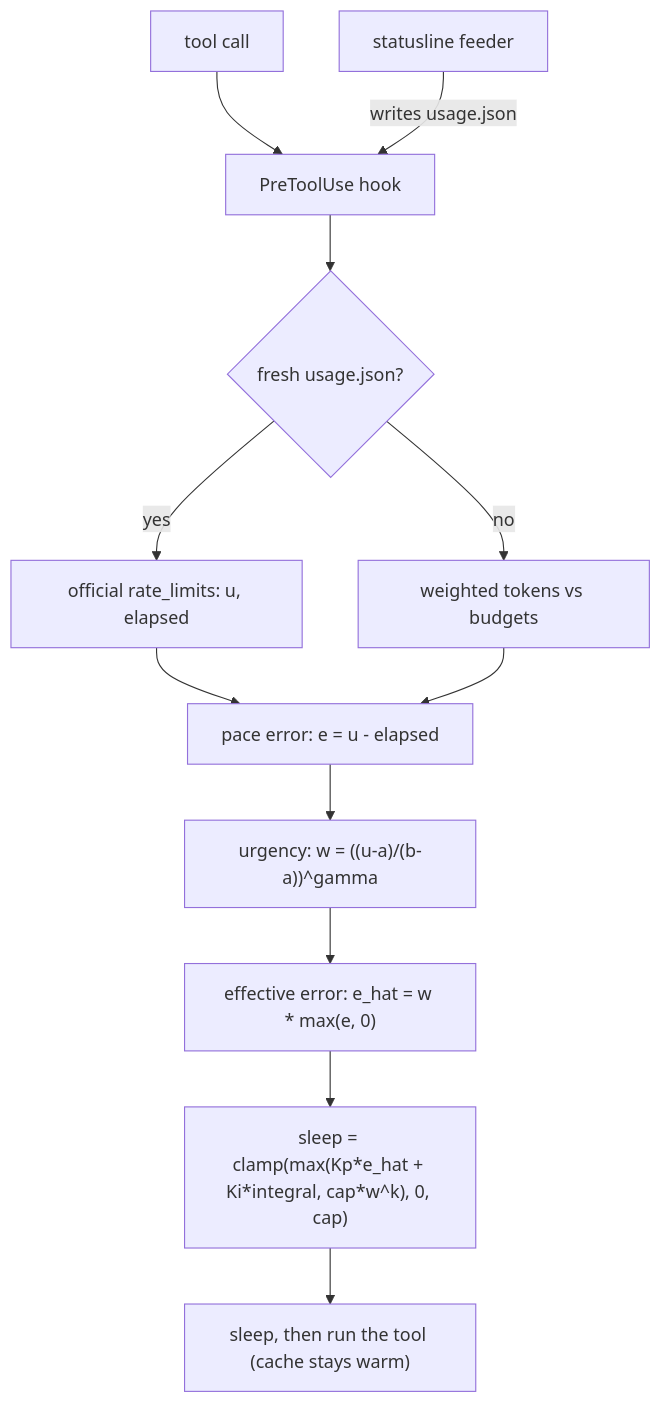
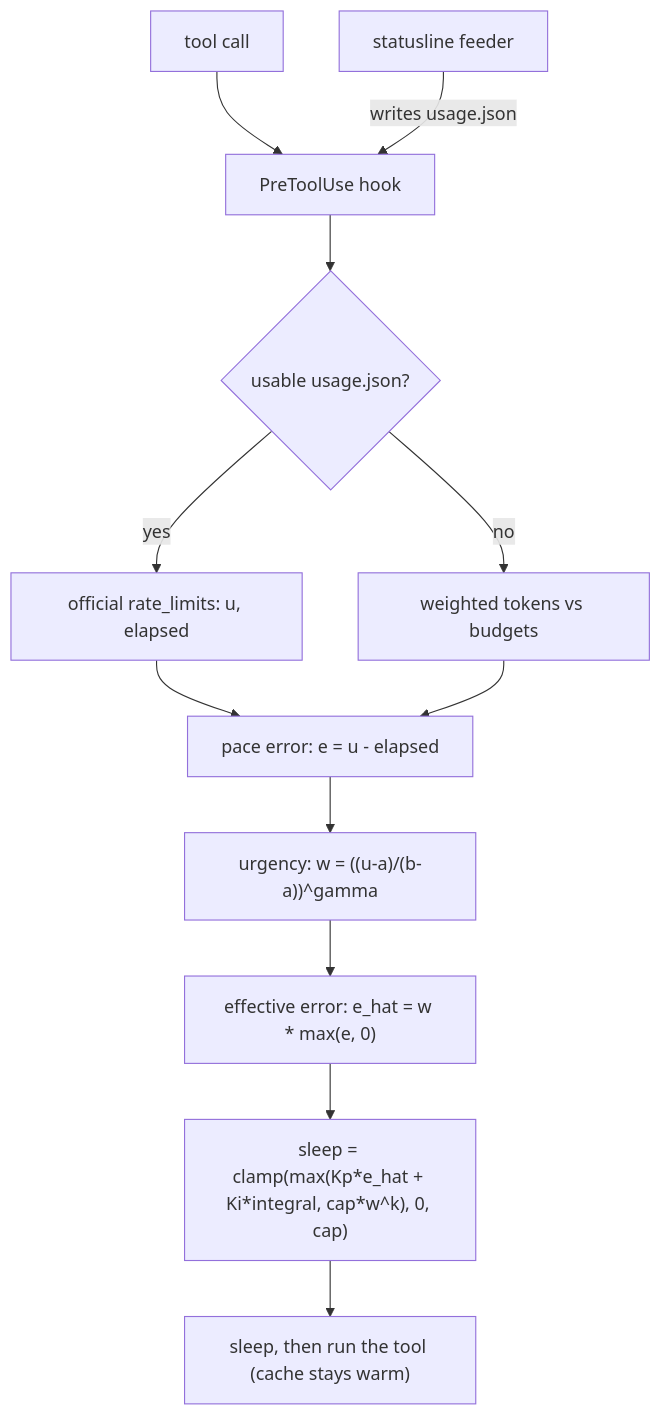
One commit to bvc3at/slow4more changed the first of 3 diagrams in README.md. Above: the diagram before and after it, drawn with Mermaid. The commit also changed other lines of this file and 5 other files, not shown here.

First line of the commit message:
feat: trust usage.json until resets_at, merge per-session rate_limits

````diff
--- a/README.md
+++ b/README.md
@@ -14,14 +14,14 @@
 ```mermaid
 flowchart TD
     T[tool call] --> H[PreToolUse hook]
     SL[statusline feeder] -->|writes usage.json| H
-    H --> S{"fresh usage.json?"}
+    H --> S{"usable usage.json?"}
     S -->|yes| U1["official rate_limits: u, elapsed"]
     S -->|no| U2["weighted tokens vs budgets"]
     U1 --> E["pace error: e = u - elapsed"]
     U2 --> E
     E --> W["urgency: w = ((u-a)/(b-a))^gamma"]
     W --> EE["effective error: e_hat = w * max(e, 0)"]
     EE --> C["sleep = clamp(max(Kp*e_hat + Ki*integral, cap*w^k), 0, cap)"]
     C --> RUN["sleep, then run the tool (cache stays warm)"]
 ```
````
